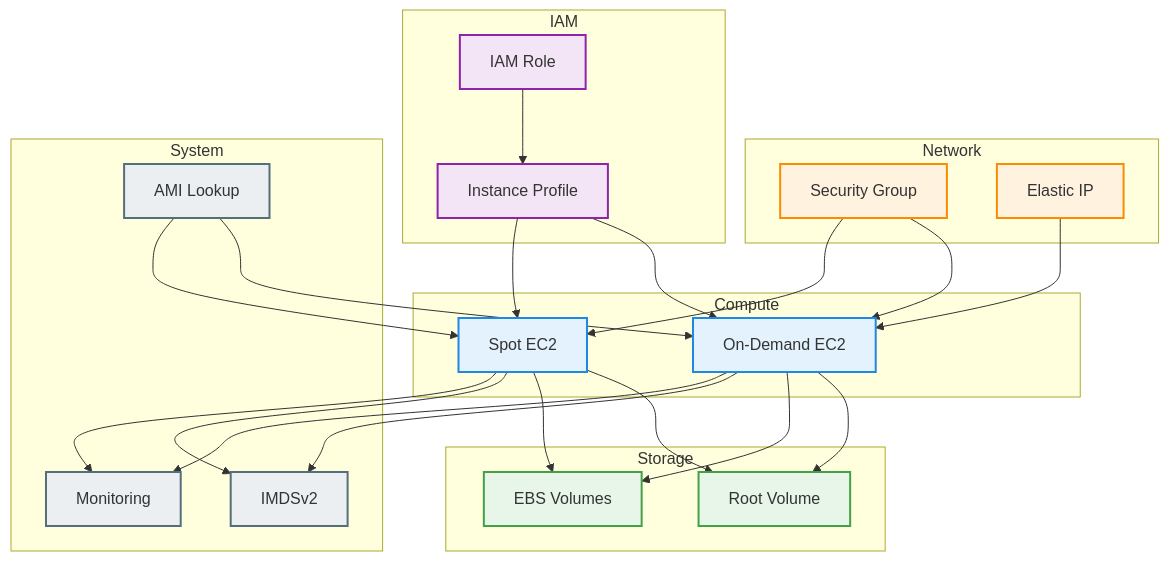
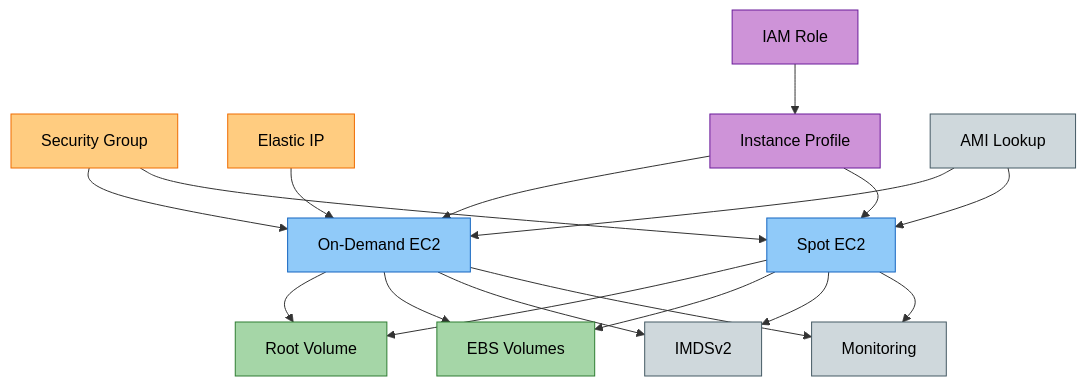
The diagram in tf-aws-ec2/README.md (shaikis/golden_modules), drawn with Mermaid before and after one commit.

Commit message:
Refactor mermaid diagram in README.md
Refactored mermaid diagram by removing subgraphs and updating class definitions for better color visibility.

````diff
--- a/tf-aws-ec2/README.md
+++ b/tf-aws-ec2/README.md
@@ -31,58 +31,45 @@
 ```mermaid
 graph TB
 
-subgraph Compute
-    OD["On-Demand EC2"]
-    SP["Spot EC2"]
-end
-
-subgraph Storage
-    ROOT["Root Volume"]
-    DATA["EBS Volumes"]
-end
-
-subgraph Network
-    SG["Security Group"]
-    EIP["Elastic IP"]
-end
-
-subgraph IAM
-    ROLE["IAM Role"]
-    PROFILE["Instance Profile"]
-end
-
-subgraph System
-    AMI["AMI Lookup"]
-    IMDS["IMDSv2"]
-    CW["Monitoring"]
-end
+OD["On-Demand EC2"]
+SP["Spot EC2"]
+SG["Security Group"]
+EIP["Elastic IP"]
+ROOT["Root Volume"]
+DATA["EBS Volumes"]
+ROLE["IAM Role"]
+PROFILE["Instance Profile"]
+IMDS["IMDSv2"]
+AMI["AMI Lookup"]
+CW["Monitoring"]
 
 AMI --> OD
 AMI --> SP
 SG --> OD
 SG --> SP
 ROLE --> PROFILE
 PROFILE --> OD
 PROFILE --> SP
 EIP --> OD
 OD --> ROOT
 OD --> DATA
 SP --> ROOT
 SP --> DATA
 OD --> IMDS
 SP --> IMDS
 OD --> CW
 SP --> CW
 
-classDef compute fill:#E3F2FD,stroke:#1E88E5,stroke-width:2px;
-classDef storage fill:#E8F5E9,stroke:#43A047,stroke-width:2px;
-classDef network fill:#FFF3E0,stroke:#FB8C00,stroke-width:2px;
-classDef iam fill:#F3E5F5,stroke:#8E24AA,stroke-width:2px;
-classDef meta fill:#ECEFF1,stroke:#546E7A,stroke-width:2px;
+%% Stronger colors (notice darker fills)
+classDef compute fill:#90CAF9,stroke:#1565C0,color:#000;
+classDef storage fill:#A5D6A7,stroke:#2E7D32,color:#000;
+classDef network fill:#FFCC80,stroke:#EF6C00,color:#000;
+classDef iam fill:#CE93D8,stroke:#6A1B9A,color:#000;
+classDef meta fill:#CFD8DC,stroke:#455A64,color:#000;
 
 class OD,SP compute;
 class ROOT,DATA storage;
 class SG,EIP network;
 class ROLE,PROFILE iam;
-class AMI,IMDS,CW meta;
+class IMDS,AMI,CW meta;
 ```
````
